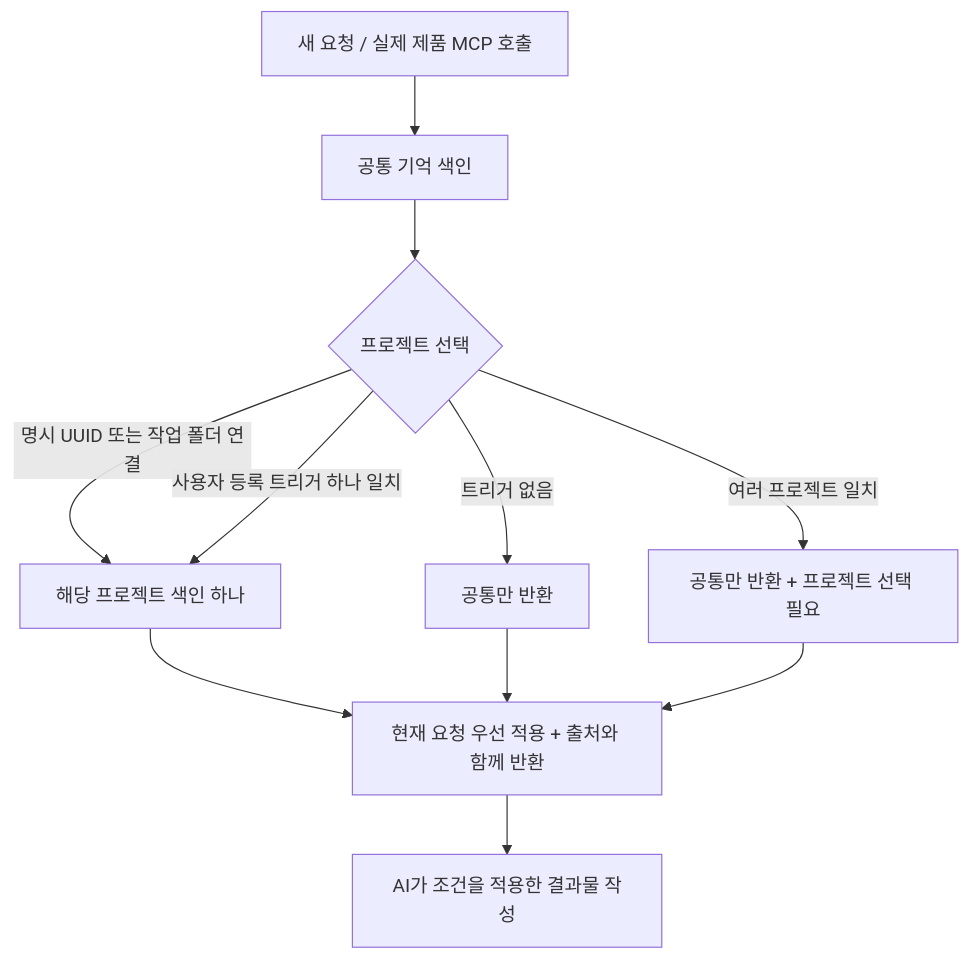
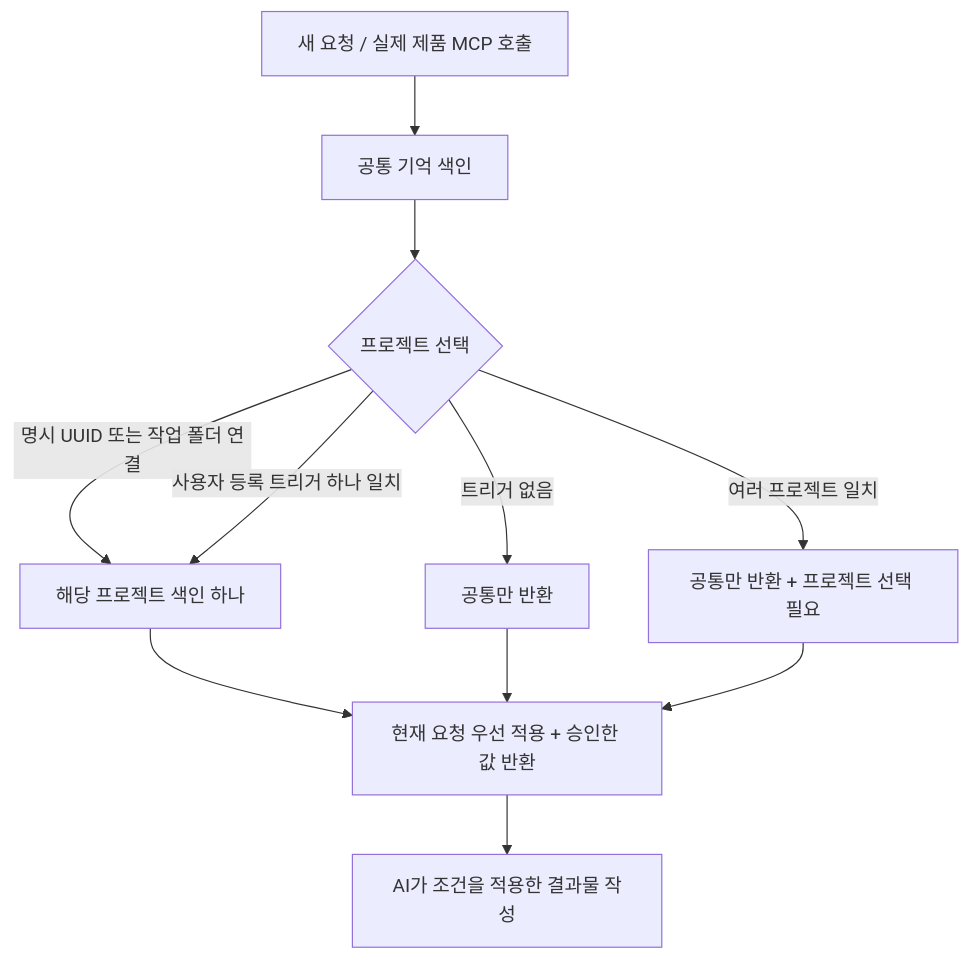
Before and after one commit to scored-kr/growthbrain: the diagram in docs/memory-index.md, drawn with Mermaid. The commit also changed other lines of this file and 27 other files, not shown here.

````diff
--- a/docs/memory-index.md
+++ b/docs/memory-index.md
@@ -6,13 +6,13 @@
 ```mermaid
 flowchart TD
   A[새 요청 / 실제 제품 MCP 호출] --> B[공통 기억 색인]
   B --> C{프로젝트 선택}
   C -->|명시 UUID 또는 작업 폴더 연결| D[해당 프로젝트 색인 하나]
   C -->|사용자 등록 트리거 하나 일치| D
   C -->|트리거 없음| E[공통만 반환]
   C -->|여러 프로젝트 일치| F[공통만 반환 + 프로젝트 선택 필요]
-  D --> G[현재 요청 우선 적용 + 출처와 함께 반환]
+  D --> G[현재 요청 우선 적용 + 승인한 값 반환]
   E --> G
   F --> G
   G --> H[AI가 조건을 적용한 결과물 작성]
 ```
````
